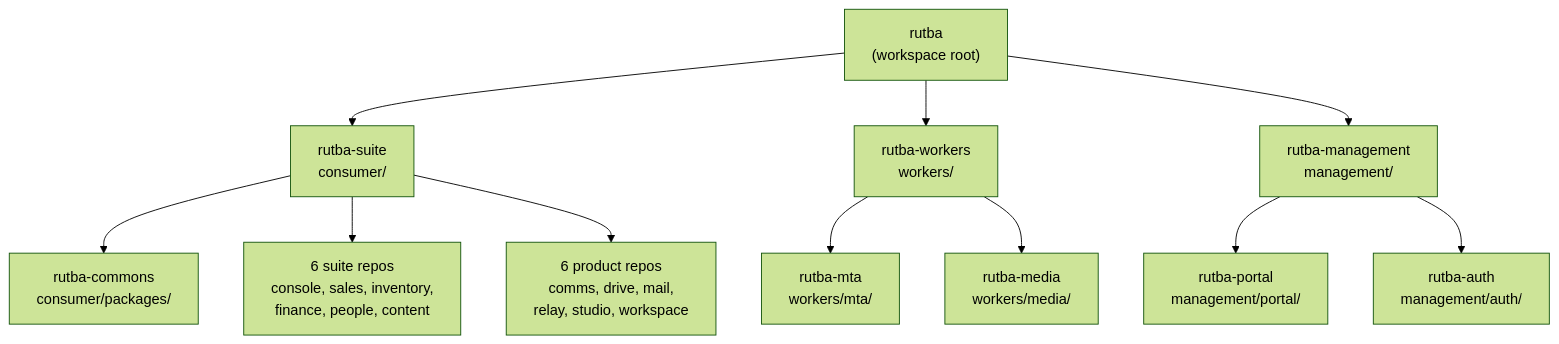
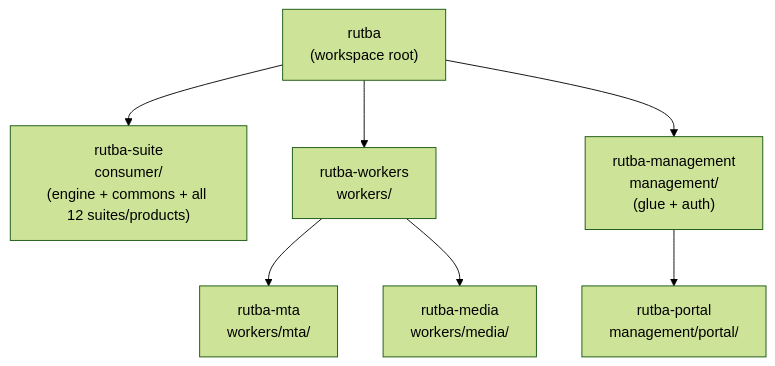
Before and after one commit to eharain/Rutba: the diagram in REPOS.md, drawn with Mermaid (forest theme). The commit also changed other lines of this file and 1 other file, not shown here.

````diff
--- a/REPOS.md
+++ b/REPOS.md
@@ -10,24 +11,16 @@
 ```mermaid
 flowchart TD
     rutba["rutba<br/>(workspace root)"]
-    suite["rutba-suite<br/>consumer/"]
-    commons["rutba-commons<br/>consumer/packages/"]
-    suites["6 suite repos<br/>console, sales, inventory,<br/>finance, people, content"]
-    products["6 product repos<br/>comms, drive, mail,<br/>relay, studio, workspace"]
+    suite["rutba-suite<br/>consumer/<br/>(engine + commons + all 12 suites/products)"]
     workersR["rutba-workers<br/>workers/"]
     mta["rutba-mta<br/>workers/mta/"]
     media["rutba-media<br/>workers/media/"]
-    mgmt["rutba-management<br/>management/"]
+    mgmt["rutba-management<br/>management/<br/>(glue + auth)"]
     portal["rutba-portal<br/>management/portal/"]
-    authR["rutba-auth<br/>management/auth/"]
     rutba --> suite
-    suite --> commons
-    suite --> suites
-    suite --> products
     rutba --> workersR
     workersR --> mta
     workersR --> media
     rutba --> mgmt
     mgmt --> portal
-    mgmt --> authR
 ```
````
